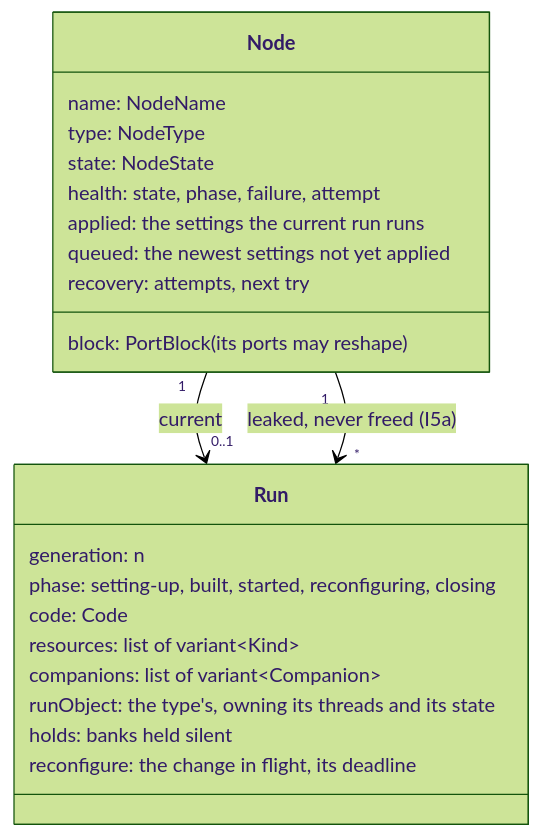
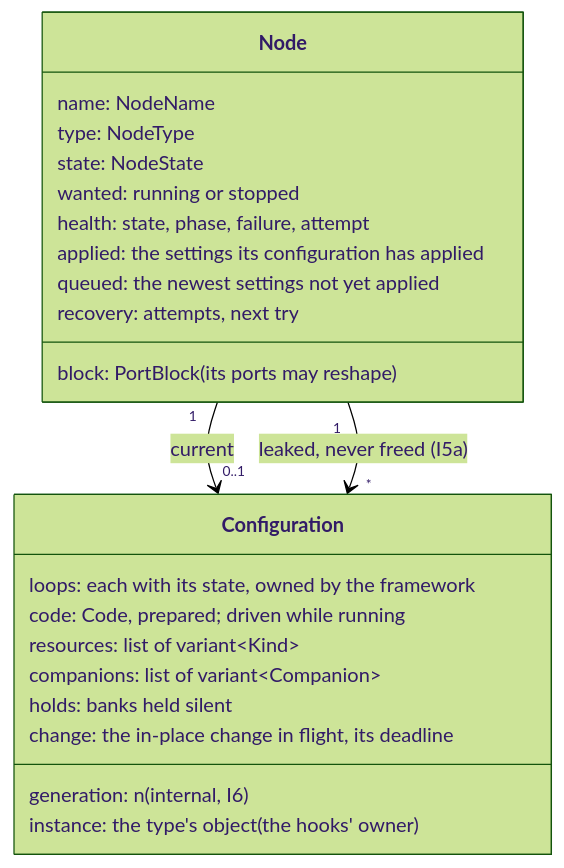
One commit to mcurcio/ear changed the second of 4 diagrams in docs/design/node-framework.md. Above: the diagram before and after it, drawn with Mermaid (forest theme). The commit also changed other lines of this file and 2 other files, not shown here.

First line of the commit message:
docs(design): graph and node lifecycle without runs, three hooks

````diff
--- a/docs/design/node-framework.md
+++ b/docs/design/node-framework.md
@@ -206,25 +249,26 @@
 ```mermaid
 classDiagram
   class Node {
     name: NodeName
     type: NodeType
     state: NodeState
+    wanted: running or stopped
     health: state, phase, failure, attempt
     block: PortBlock (its ports may reshape)
-    applied: the settings the current run runs
+    applied: the settings its configuration has applied
     queued: the newest settings not yet applied
     recovery: attempts, next try
   }
-  class Run {
-    generation: n
-    phase: setting-up, built, started, reconfiguring, closing
-    code: Code
+  class Configuration {
+    generation: n (internal, I6)
+    instance: the type's object (the hooks' owner)
+    loops: each with its state, owned by the framework
+    code: Code, prepared; driven while running
     resources: list of variant~Kind~
     companions: list of variant~Companion~
-    runObject: the type's, owning its threads and its state
     holds: banks held silent
-    reconfigure: the change in flight, its deadline
+    change: the in-place change in flight, its deadline
   }
-  Node "1" --> "0..1" Run : current
-  Node "1" --> "*" Run : leaked, never freed (I5a)
+  Node "1" --> "0..1" Configuration : current
+  Node "1" --> "*" Configuration : leaked, never freed (I5a)
 ```
````
